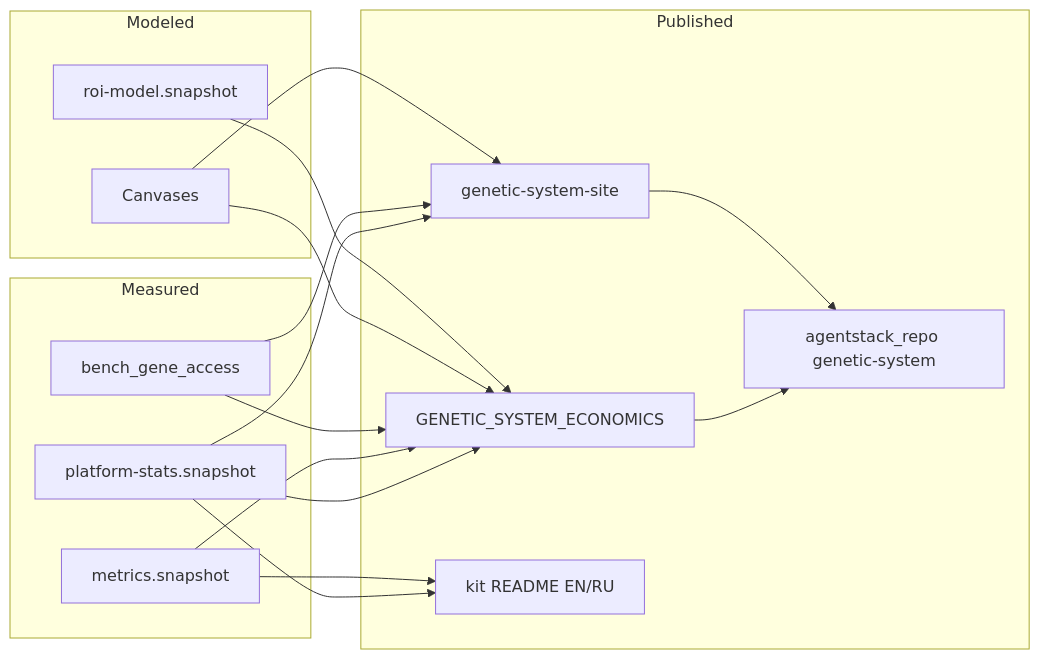
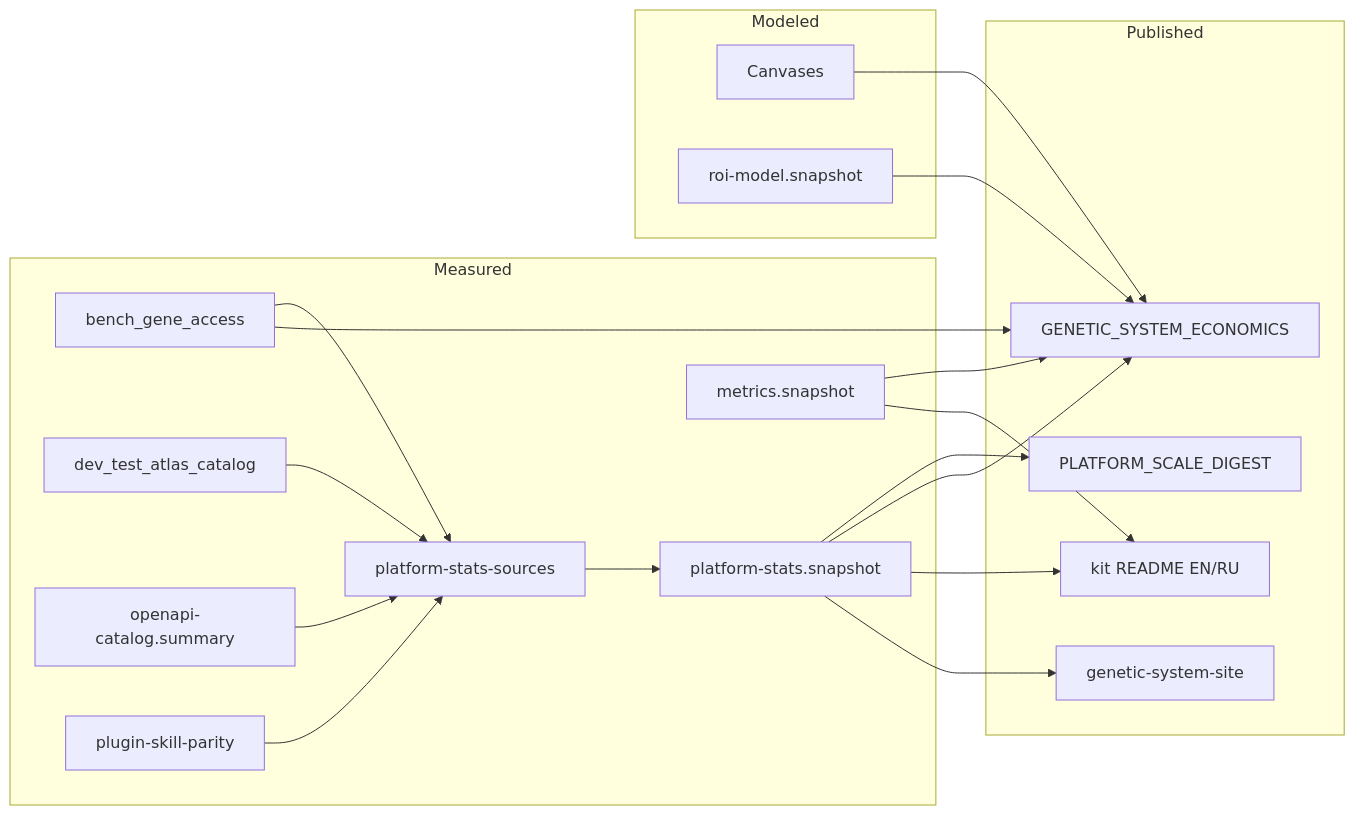
Before and after one commit to agentstacktech/genetic-ai-starter: the diagram in meta/docs/DOC_DATA_FLOW.md, drawn with Mermaid. The commit also changed other lines of this file and 15 other files, not shown here.

First line of the commit message:
feat(kit): add CI observability and plugin triangle to platform stats

````diff
--- a/meta/docs/DOC_DATA_FLOW.md
+++ b/meta/docs/DOC_DATA_FLOW.md
@@ -26,30 +26,36 @@
 ```mermaid
 flowchart LR
   subgraph measure [Measured]
+    PSS[platform-stats-sources]
     PS[platform-stats.snapshot]
     MS[metrics.snapshot]
     BG[bench_gene_access]
+    AT[dev_test_atlas_catalog]
+    OA[openapi-catalog.summary]
+    PP[plugin-skill-parity]
   end
   subgraph model [Modeled]
     CV[Canvases]
     ROI[roi-model.snapshot]
   end
   subgraph publish [Published]
+    DIG[PLATFORM_SCALE_DIGEST]
     ECO[GENETIC_SYSTEM_ECONOMICS]
     SITE[genetic-system-site]
-    PUB[agentstack_repo genetic-system]
     README[kit README EN/RU]
   end
+  AT --> PSS
+  OA --> PSS
+  PP --> PSS
+  BG --> PSS
+  PSS --> PS
+  PS --> DIG
   PS --> ECO
   PS --> README
   PS --> SITE
   MS --> ECO
   MS --> README
   BG --> ECO
-  BG --> SITE
   CV --> ECO
-  CV --> SITE
   ROI --> ECO
-  ECO --> PUB
-  SITE --> PUB
 ```
````
